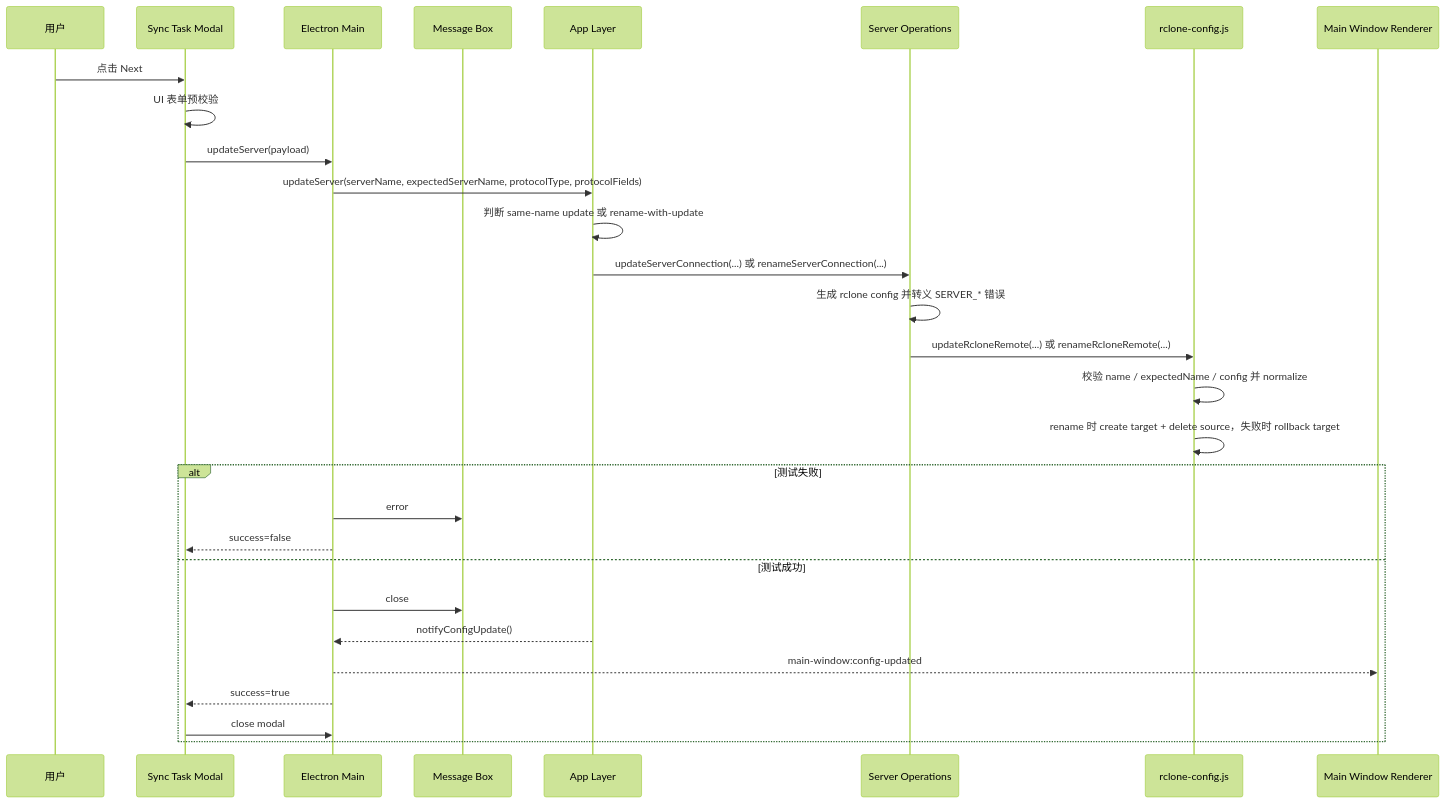
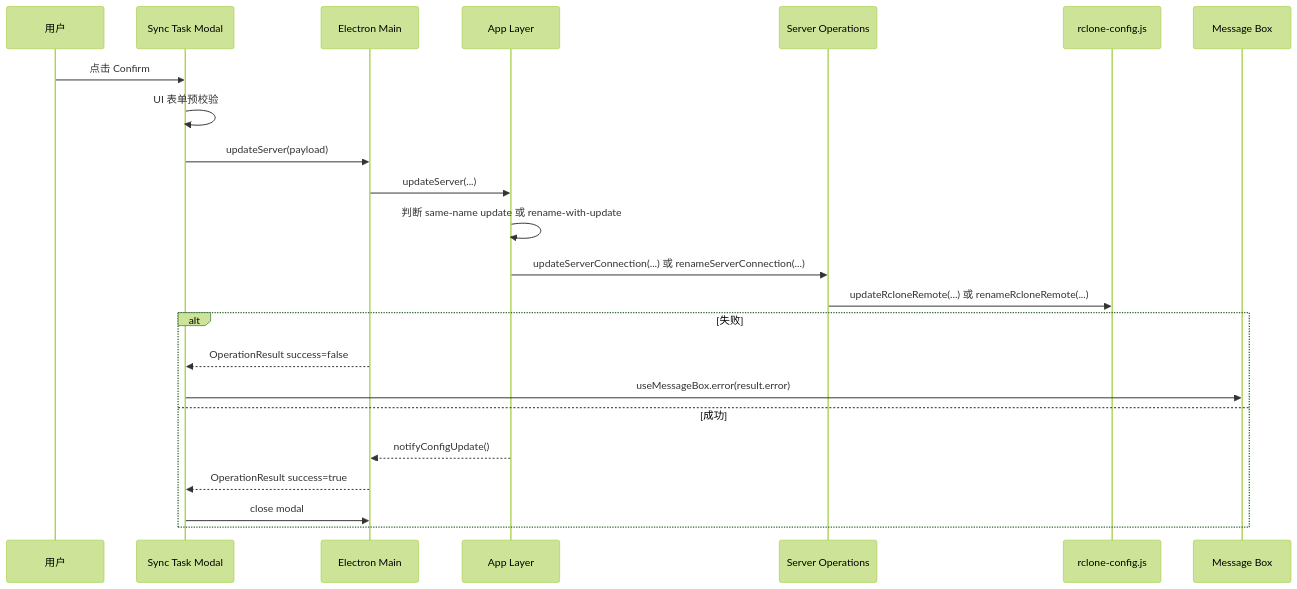
Diagram 13 of 14 in docs/Flows.md (agalloch21/sync-with-rclone), drawn with Mermaid (forest theme) before and after one commit. The commit also changed other lines of this file and 44 other files, not shown here.

````diff
--- a/docs/Flows.md
+++ b/docs/Flows.md
@@ -337,32 +409,26 @@
 ```mermaid
 sequenceDiagram
   participant U as 用户
   participant M as Sync Task Modal
   participant EM as Electron Main
-  participant MB as Message Box
   participant APP as App Layer
   participant SO as Server Operations
   participant RC as rclone-config.js
-  participant MW as Main Window Renderer
+  participant MB as Message Box
 
-  U->>M: 点击 Next
+  U->>M: 点击 Confirm
   M->>M: UI 表单预校验
   M->>EM: updateServer(payload)
-  EM->>APP: updateServer(serverName, expectedServerName, protocolType, protocolFields)
+  EM->>APP: updateServer(...)
   APP->>APP: 判断 same-name update 或 rename-with-update
   APP->>SO: updateServerConnection(...) 或 renameServerConnection(...)
-  SO->>SO: 生成 rclone config 并转义 SERVER_* 错误
   SO->>RC: updateRcloneRemote(...) 或 renameRcloneRemote(...)
-  RC->>RC: 校验 name / expectedName / config 并 normalize
-  RC->>RC: rename 时 create target + delete source，失败时 rollback target
-  alt 测试失败
-    EM->>MB: error
-    EM-->>M: success=false
-  else 测试成功
-    EM->>MB: close
+  alt 失败
+    EM-->>M: OperationResult success=false
+    M->>MB: useMessageBox.error(result.error)
+  else 成功
     APP-->>EM: notifyConfigUpdate()
-    EM-->>MW: main-window:config-updated
-    EM-->>M: success=true
+    EM-->>M: OperationResult success=true
     M->>EM: close modal
   end
 ```
````
